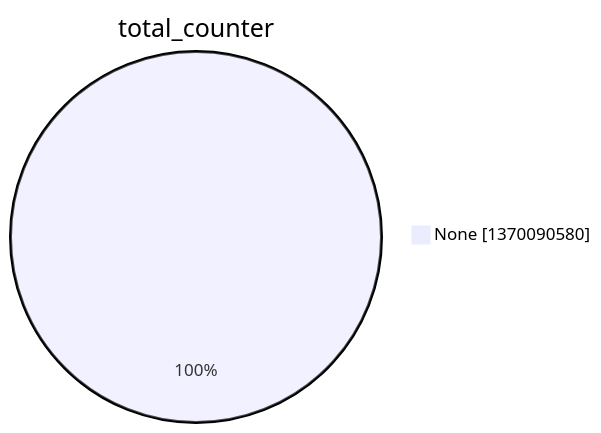
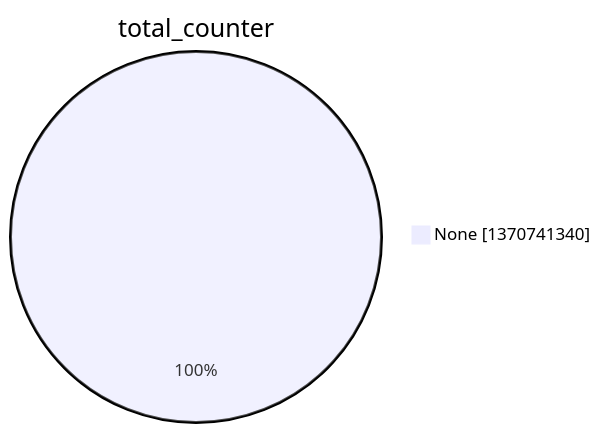
One commit to christiankrug/ctmonitor_visualization changed the second of 15 diagrams in argon2022/README.md. Above: the diagram before and after it, drawn with Mermaid. The commit also changed other lines of this file, not shown here.

````diff
--- a/argon2022/README.md
+++ b/argon2022/README.md
@@ -9,5 +9,5 @@
 ```mermaid
 pie showData
 title total_counter
-"None" :1370090580
+"None" :1370741340
 ```
````
